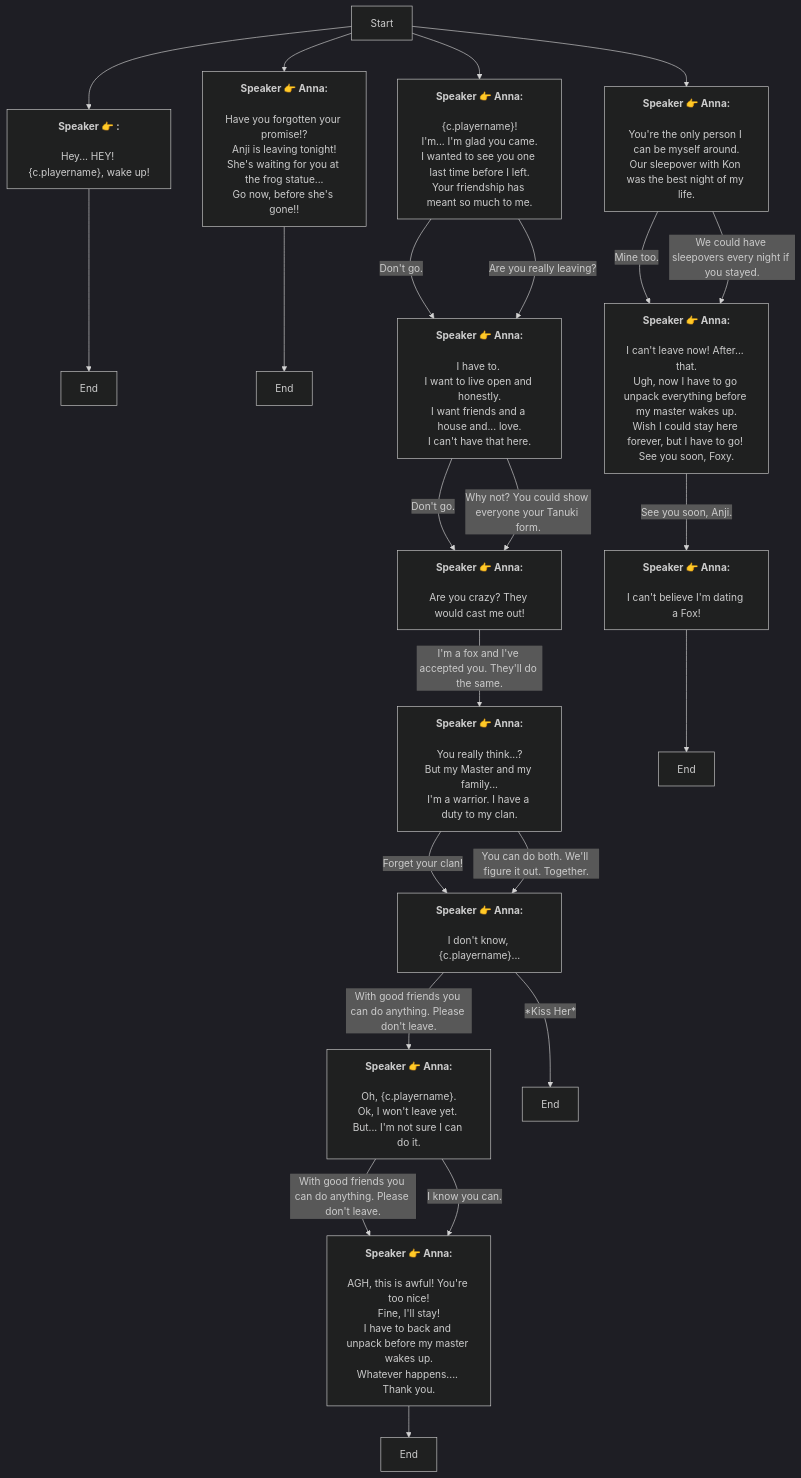
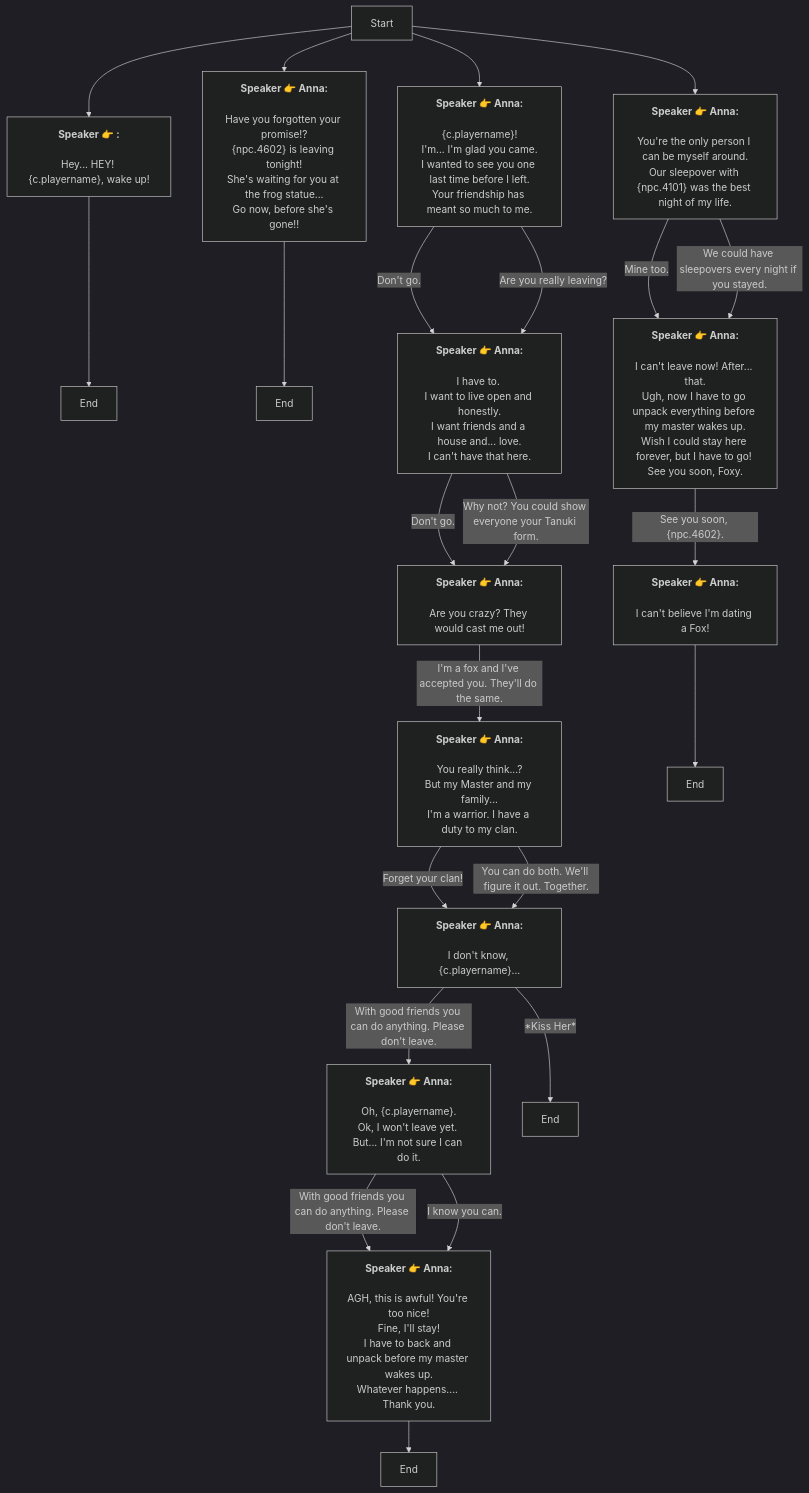
Before and after one commit to SoftHu/tos_avg: the diagram in En/heart_4_6_2_9.md, drawn with Mermaid (dark theme). The commit also changed 730 other files, not shown here.

````diff
--- a/En/heart_4_6_2_9.md
+++ b/En/heart_4_6_2_9.md
@@ -1,45 +1,45 @@
 ```mermaid
 graph
 Start -->1766672157337891[<b>Speaker 👉 :</b>
 \nHey... HEY! &lbrace;c.playername&rbrace;, wake up!]
 1766672157337891 -->1766681055228200[End]
 Start -->1766681208037674[<b>Speaker 👉 Anna:</b>
-\nHave you forgotten your promise!?\nAnji is leaving tonight!\nShe's waiting for you at the frog statue...\nGo now, before she's gone!!]
+\nHave you forgotten your promise!?\n&lbrace;npc.4602&rbrace; is leaving tonight!\nShe's waiting for you at the frog statue...\nGo now, before she's gone!!]
 1766681208037674 -->1766685341910398[End]
 Start -->1766681352883506[<b>Speaker 👉 Anna:</b>
 \n&lbrace;c.playername&rbrace;!\nI'm... I'm glad you came.\nI wanted to see you one last time before I left.\nYour friendship has meant so much to me.]
 1766681352883506 -->|Don't go.|1766686399488482[<b>Speaker 👉 Anna:</b>
 \nI have to. 
 I want to live open and honestly.\nI want friends and a house and... love.\nI can't have that here.]
 1766681352883506 -->|Are you really leaving?|1766686399488482[<b>Speaker 👉 Anna:</b>
 \nI have to. 
 I want to live open and honestly.\nI want friends and a house and... love.\nI can't have that here.]
 1766686399488482 -->|Don't go.|1766686528492008[<b>Speaker 👉 Anna:</b>
 \nAre you crazy? They would cast me out!]
 1766686399488482 -->|Why not? You could show everyone your Tanuki form.|1766686528492008[<b>Speaker 👉 Anna:</b>
 \nAre you crazy? They would cast me out!]
 1766686528492008 -->|I'm a fox and I've accepted you. They'll do the same.|1766686621164014[<b>Speaker 👉 Anna:</b>
 \nYou really think...?\nBut my Master and my family...\nI'm a warrior. I have a duty to my clan.]
 1766686621164014 -->|Forget your clan!|1766686682965492[<b>Speaker 👉 Anna:</b>
 \nI don't know, &lbrace;c.playername&rbrace;...]
 1766686621164014 -->|You can do both. We'll figure it out. Together.|1766686682965492[<b>Speaker 👉 Anna:</b>
 \nI don't know, &lbrace;c.playername&rbrace;...]
 1766686682965492 -->|With good friends you can do anything. Please don't leave.|1766686745538043[<b>Speaker 👉 Anna:</b>
 \nOh, &lbrace;c.playername&rbrace;.\nOk, I won't leave yet. But... I'm not sure I can do it.]
 1766686682965492 -->|*Kiss Her*|1766686807014913[End]
 1766686745538043 -->|With good friends you can do anything. Please don't leave.|1766686821873154[<b>Speaker 👉 Anna:</b>
 \nAGH, this is awful! You're too nice!\nFine, I'll stay!\nI have to back and unpack before my master wakes up.\nWhatever happens.... Thank you.]
 1766686745538043 -->|I know you can.|1766686821873154[<b>Speaker 👉 Anna:</b>
 \nAGH, this is awful! You're too nice!\nFine, I'll stay!\nI have to back and unpack before my master wakes up.\nWhatever happens.... Thank you.]
 1766686821873154 -->1766686858170883[End]
 Start -->1766686900719109[<b>Speaker 👉 Anna:</b>
-\nYou're the only person I can be myself around.\nOur sleepover with Kon was the best night of my life.]
+\nYou're the only person I can be myself around.\nOur sleepover with &lbrace;npc.4101&rbrace; was the best night of my life.]
 1766686900719109 -->|Mine too.|1766686953551371[<b>Speaker 👉 Anna:</b>
 \nI can't leave now! After... that.\nUgh, now I have to go unpack everything before my master wakes up.\nWish I could stay here forever, but I have to go! See you soon, Foxy.]
 1766686900719109 -->|We could have sleepovers every night if you stayed.|1766686953551371[<b>Speaker 👉 Anna:</b>
 \nI can't leave now! After... that.\nUgh, now I have to go unpack everything before my master wakes up.\nWish I could stay here forever, but I have to go! See you soon, Foxy.]
-1766686953551371 -->|See you soon, Anji.|1766687001349649[<b>Speaker 👉 Anna:</b>
+1766686953551371 -->|See you soon, &lbrace;npc.4602&rbrace;.|1766687001349649[<b>Speaker 👉 Anna:</b>
 \nI can't believe I'm dating a Fox!]
 1766687001349649 -->1766687019647507[End]
 
 ```
````
